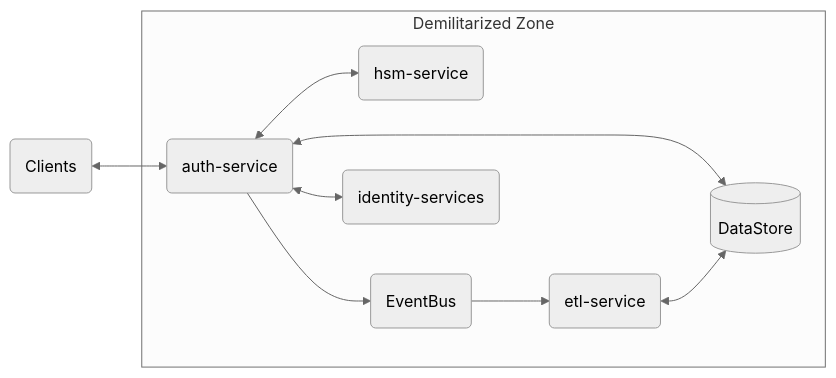
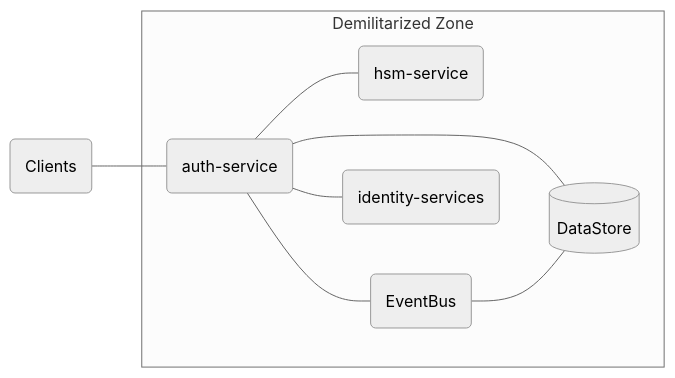
One commit to janus-auth/design changed the diagram in docs/30_infrastructure/README.md. Above: the diagram before and after it, drawn with Mermaid (neutral theme). The commit also changed other lines of this file and 14 other files, not shown here.

````diff
--- a/docs/30_infrastructure/README.md
+++ b/docs/30_infrastructure/README.md
@@ -3,21 +11,20 @@
 ```mermaid
 flowchart LR
 
-    id1 <--> sid1
+    id1 --- sid1
 
     subgraph dmz [Demilitarized Zone]
-        sid1 <--> id3
-        sid1 <--> sid2
-        sid1 --> id4 --> sid4 <--> id3
-        sid1 <--> sid3
+        sid1 --- id3
+        sid1 --- sid2
+        sid1 --- sid4 --- id3
+        sid1 --- sid3
     end
 
     sid1(auth-service)
     sid2(hsm-service)
     sid3(identity-services)
-    sid4(etl-service)
+    sid4(EventBus)
 
     id1(Clients)
     id3[(DataStore)]
-    id4(EventBus)
 ```
````
